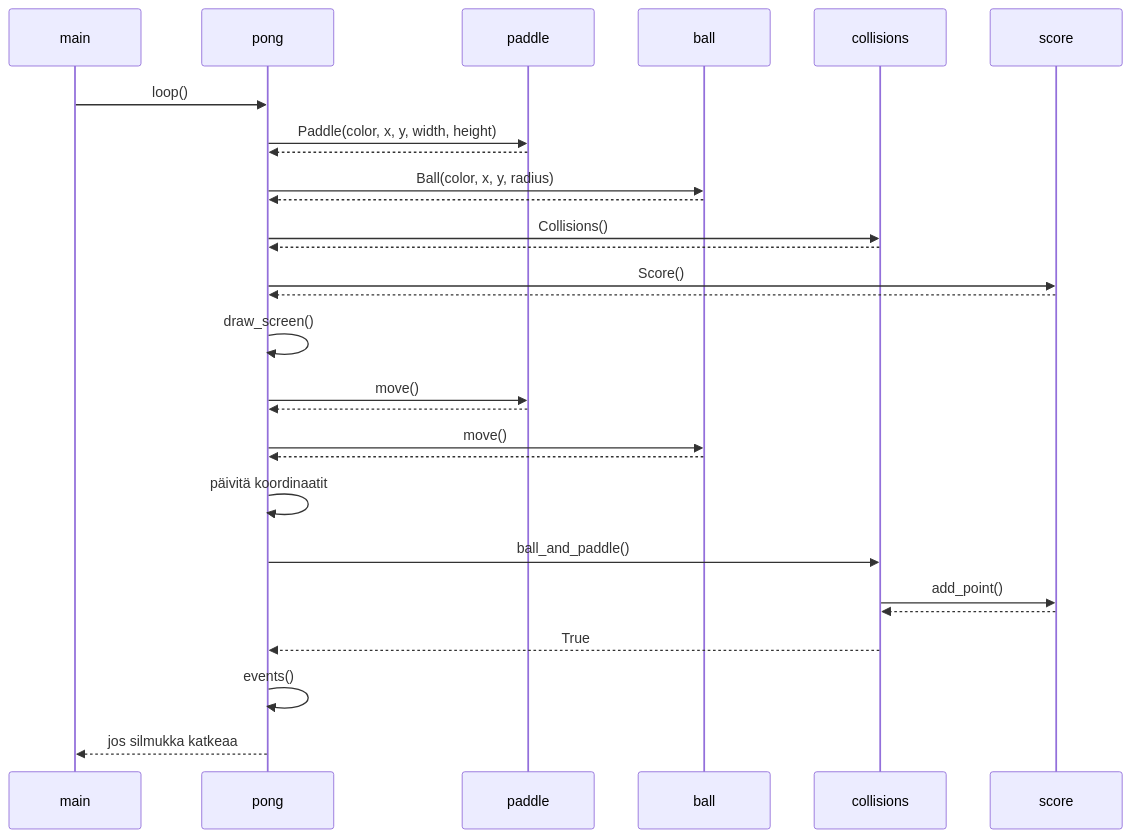
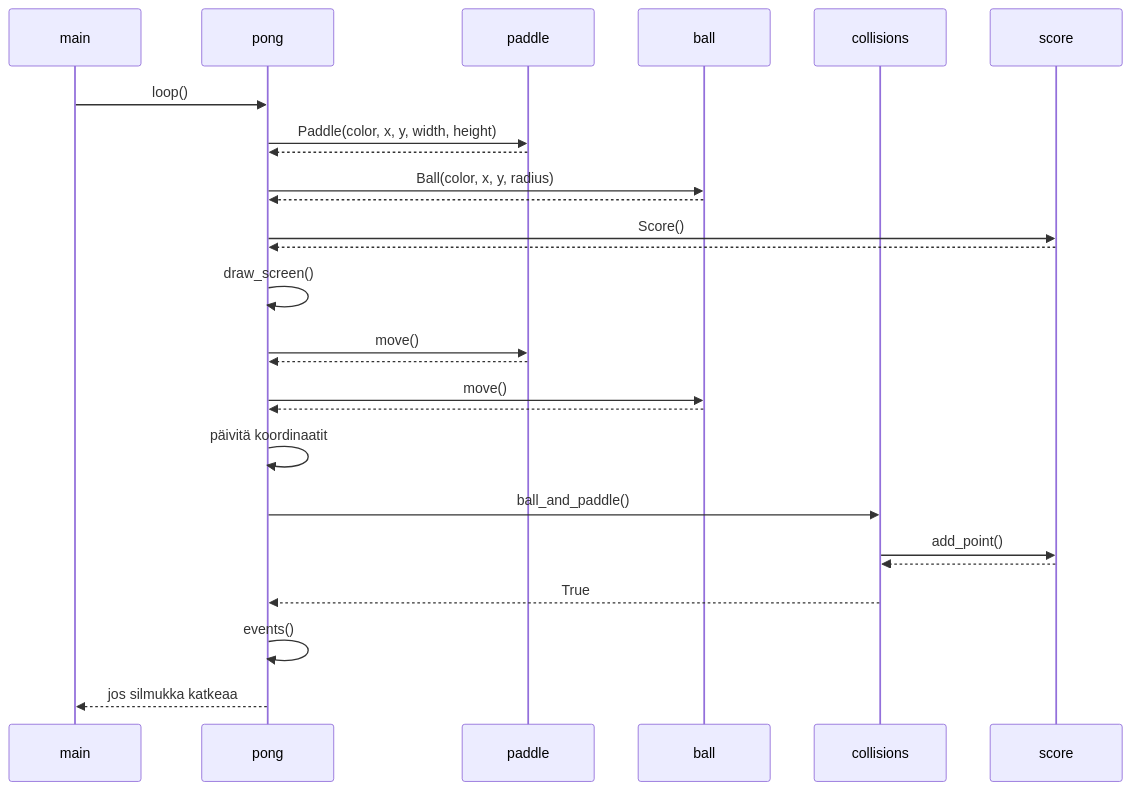
Before and after one commit to alannesanni/ot-harjoitustyo: the third of 4 diagrams in dokumentaatio/arkkitehtuuri.md, drawn with Mermaid.

````diff
--- a/dokumentaatio/arkkitehtuuri.md
+++ b/dokumentaatio/arkkitehtuuri.md
@@ -65,32 +65,30 @@
 ```mermaid
 sequenceDiagram
   participant main
   participant pong
   participant paddle
   participant ball
   participant collisions
   participant score
  
   main ->>pong: loop() 
   pong ->>paddle: Paddle(color, x, y, width, height)
   paddle -->>pong:  
   pong ->>ball: Ball(color, x, y, radius)
   ball -->>pong: 
-  pong ->>collisions: Collisions()
-  collisions -->>pong: 
   pong ->>score: Score()
   score -->>pong: 
   
   pong ->> pong: draw_screen()
   pong ->> paddle: move()
   paddle -->> pong:  
   pong ->> ball: move()
   ball -->> pong:  
   pong ->> pong: päivitä koordinaatit
   pong ->> collisions: ball_and_paddle()
   collisions ->> score: add_point()
   score -->> collisions:  
   collisions -->>pong: True
   pong ->> pong: events()
   pong -->>main: jos silmukka katkeaa  
 ```
````
